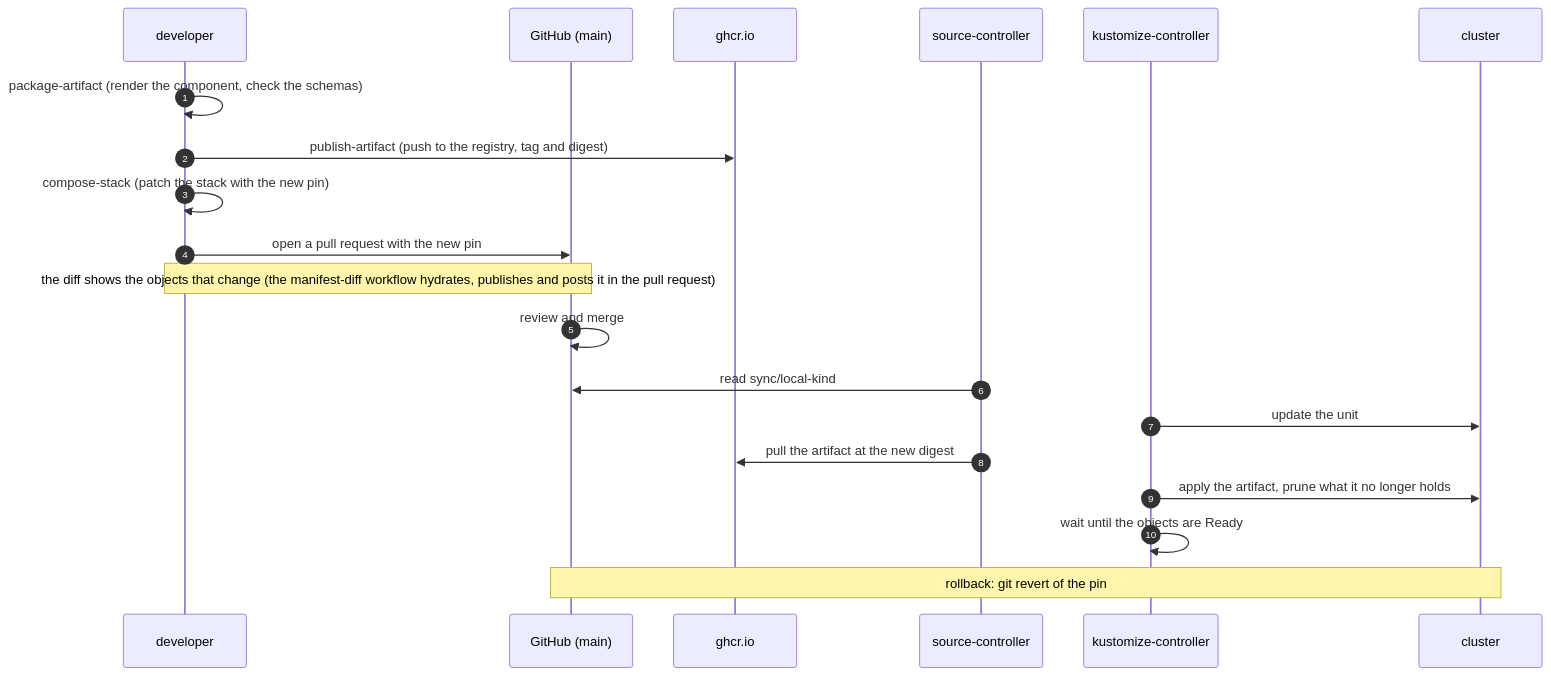
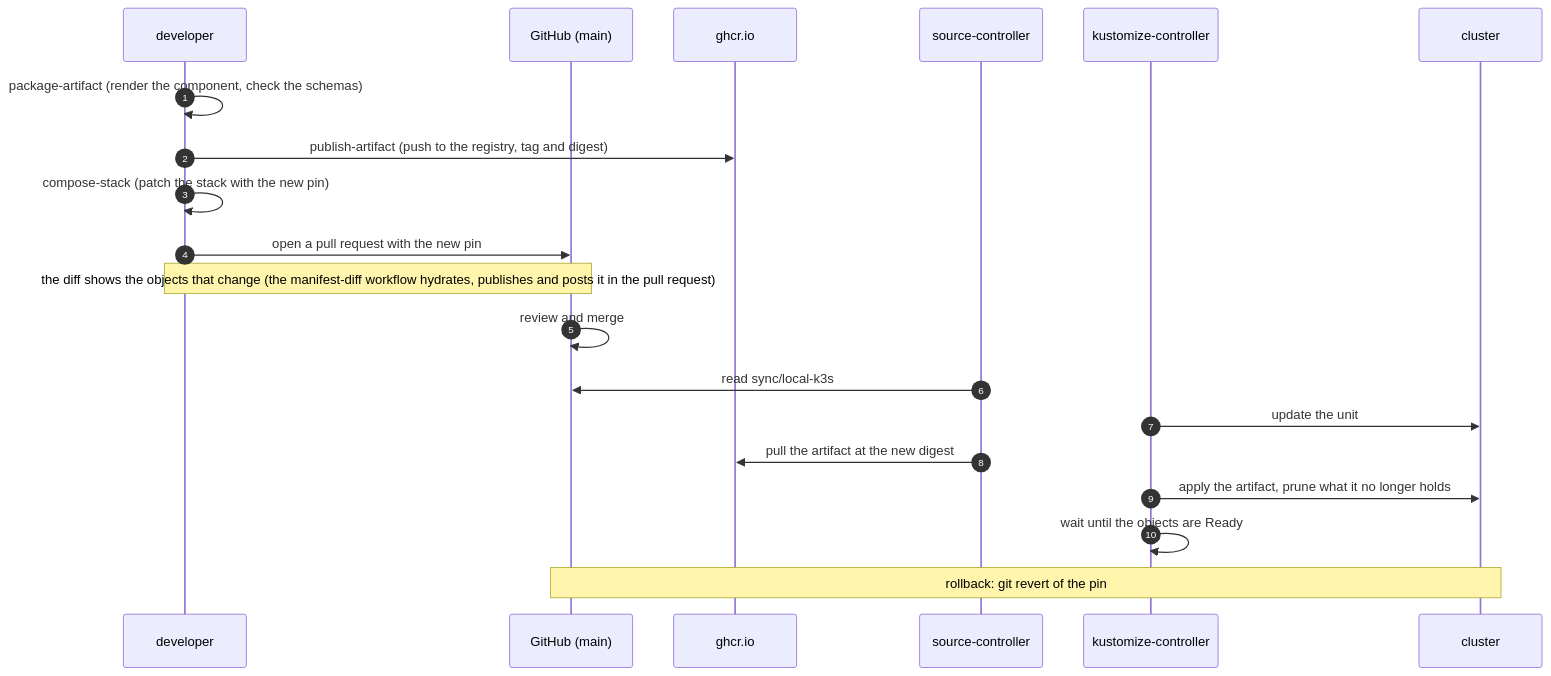
One commit to raghav19/engineersdaybook changed the second of 4 diagrams in code/mcp-sandbox/part-3-mcp-guardrails/docs/orchestration.md. Above: the diagram before and after it, drawn with Mermaid. The commit also changed other lines of this file and 36 other files, not shown here.

````diff
--- a/code/mcp-sandbox/part-3-mcp-guardrails/docs/orchestration.md
+++ b/code/mcp-sandbox/part-3-mcp-guardrails/docs/orchestration.md
@@ -76,23 +76,23 @@
 ```mermaid
 sequenceDiagram
     autonumber
     participant D as developer
     participant G as GitHub (main)
     participant R as ghcr.io
     participant S as source-controller
     participant C as kustomize-controller
     participant K as cluster
 
     D->>D: package-artifact (render the component, check the schemas)
     D->>R: publish-artifact (push to the registry, tag and digest)
     D->>D: compose-stack (patch the stack with the new pin)
     D->>G: open a pull request with the new pin
     Note over D,G: the diff shows the objects that change (the manifest-diff workflow hydrates, publishes and posts it in the pull request)
     G->>G: review and merge
-    S->>G: read sync/local-kind
+    S->>G: read sync/local-k3s
     C->>K: update the unit
     S->>R: pull the artifact at the new digest
     C->>K: apply the artifact, prune what it no longer holds
     C->>C: wait until the objects are Ready
     Note over G,K: rollback: git revert of the pin
 ```
````
